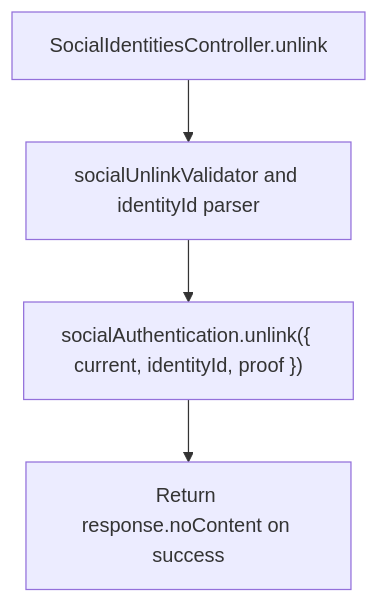
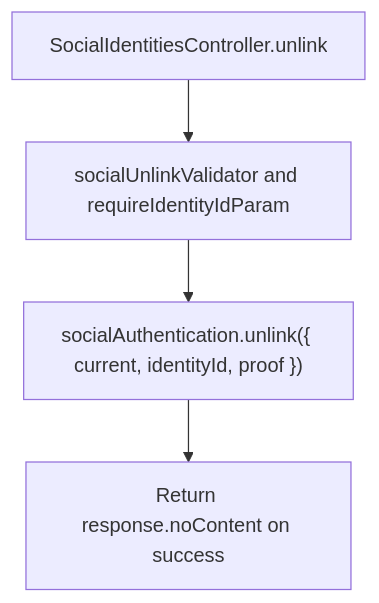
The second of 2 diagrams in user-stories/api/us-api-10-unlink-provider.md (Kevinjohn/oss-adonisjs-starter-examples), drawn with Mermaid before and after one commit. The commit also changed other lines of this file and 27 other files, not shown here.

````diff
--- a/user-stories/api/us-api-10-unlink-provider.md
+++ b/user-stories/api/us-api-10-unlink-provider.md
@@ -32,6 +32,6 @@
 ```mermaid
 flowchart TD
-    A["SocialIdentitiesController.unlink"] --> B["socialUnlinkValidator and identityId parser"]
+    A["SocialIdentitiesController.unlink"] --> B["socialUnlinkValidator and requireIdentityIdParam"]
     B --> C["socialAuthentication.unlink({ current, identityId, proof })"]
     C --> D["Return response.noContent on success"]
 ```
````
